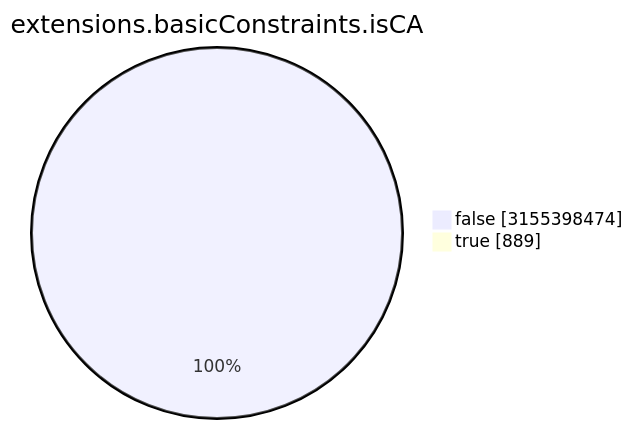
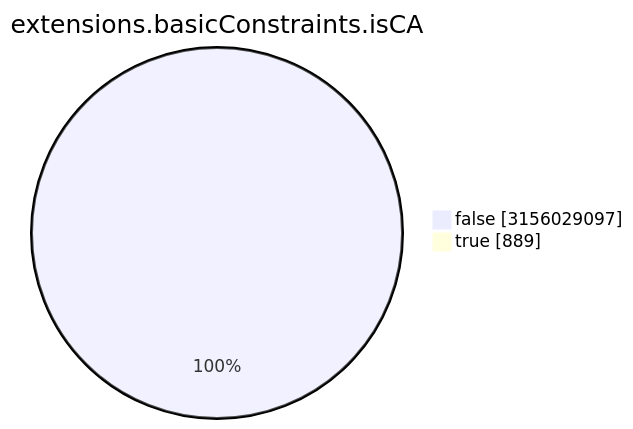
One commit to christiankrug/ctmonitor_visualization changed the seventh of 15 diagrams in TOTAL/README.md. Above: the diagram before and after it, drawn with Mermaid. The commit also changed other lines of this file, not shown here.

````diff
--- a/TOTAL/README.md
+++ b/TOTAL/README.md
@@ -3088,6 +3088,6 @@
 ```mermaid
 pie showData
 title extensions.basicConstraints.isCA
-"false" :3155398474
+"false" :3156029097
 "true" :889
 ```
````
